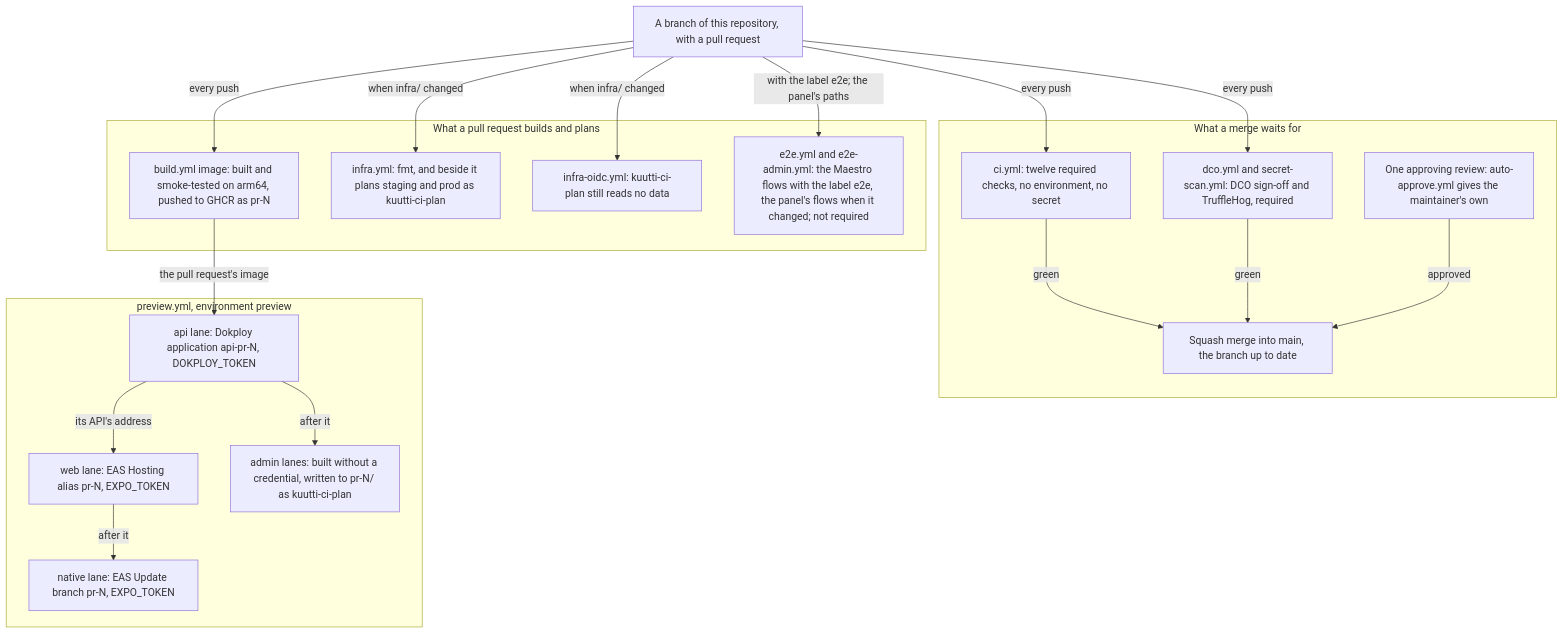
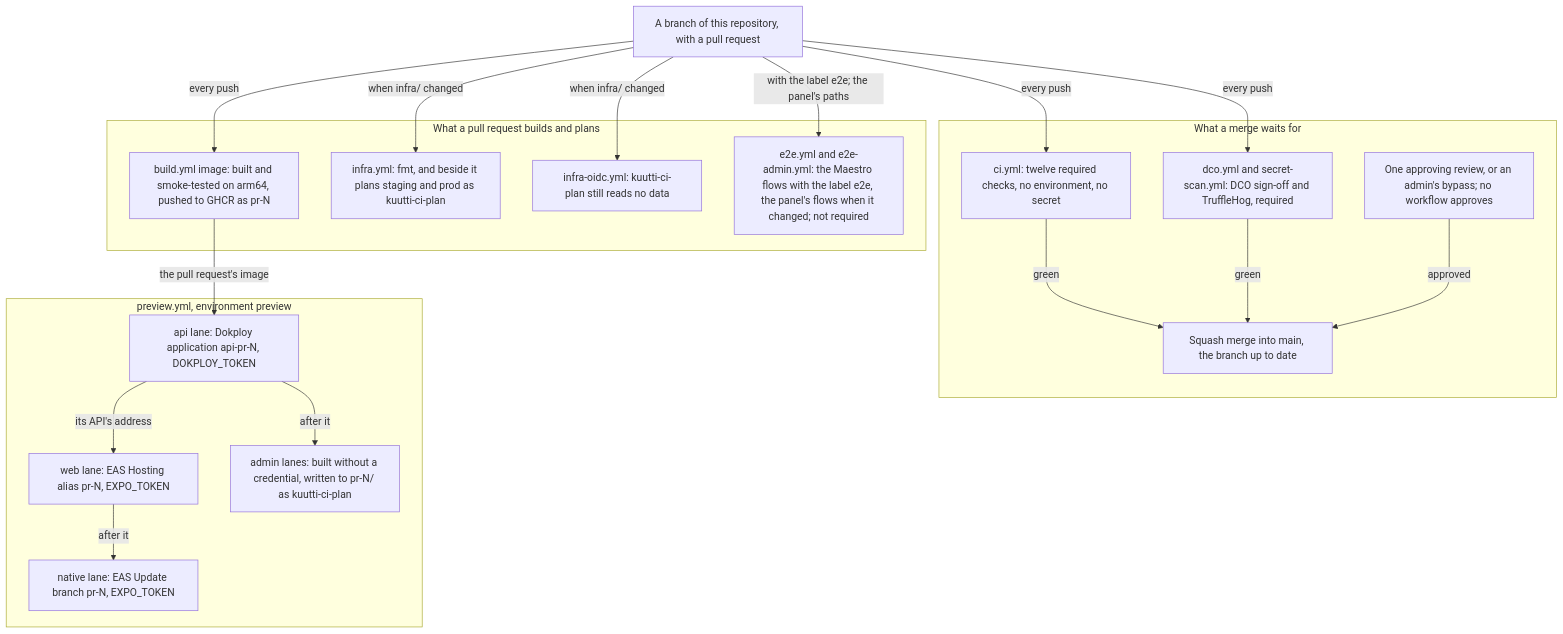
The first of 5 diagrams in docs/architecture/delivery.md (kuutti-ry/kuutti-app), drawn with Mermaid before and after one commit. The commit also changed other lines of this file and 8 other files, not shown here.

First line of the commit message:
Remove auto-approve.yml now that Actions may not approve (#637)

````diff
--- a/docs/architecture/delivery.md
+++ b/docs/architecture/delivery.md
@@ -32,37 +31,37 @@
 ```mermaid
 flowchart TB
   accTitle: Delivery, part 1: a pull request
   accDescr: Every push to a pull request runs the fourteen required checks, builds and smoke-tests the API image and pushes it under the pull request's tags. A change under infra is planned for staging and production by the read-only role. The previews deploy the image as a Dokploy application, the web export to EAS Hosting, the admin panel to its prefix and, when native code changed, an EAS Update. Merging needs the checks green and one approving review, and is a squash. The Maestro flows run only with the label e2e, the panel's flows when what they exercise changed; neither gates the merge.
   n1["A branch of this repository, with a pull request"]
   subgraph gates["What a merge waits for"]
     n2["ci.yml: twelve required checks, no environment, no secret"]
     n3["dco.yml and secret-scan.yml: DCO sign-off and TruffleHog, required"]
-    n4["One approving review: auto-approve.yml gives the maintainer's own"]
+    n4["One approving review, or an admin's bypass; no workflow approves"]
     n5["Squash merge into main, the branch up to date"]
   end
   subgraph prwork["What a pull request builds and plans"]
     n6["build.yml image: built and smoke-tested on arm64, pushed to GHCR as pr-N"]
     n7["infra.yml: fmt, and beside it plans staging and prod as kuutti-ci-plan"]
     n8["infra-oidc.yml: kuutti-ci-plan still reads no data"]
     n9["e2e.yml and e2e-admin.yml: the Maestro flows with the label e2e, the panel's flows when it changed; not required"]
   end
   subgraph prev["preview.yml, environment preview"]
     n10["api lane: Dokploy application api-pr-N, DOKPLOY_TOKEN"]
     n11["web lane: EAS Hosting alias pr-N, EXPO_TOKEN"]
     n12["admin lanes: built without a credential, written to pr-N/ as kuutti-ci-plan"]
     n13["native lane: EAS Update branch pr-N, EXPO_TOKEN"]
   end
   n1 -->|"every push"| n2
   n1 -->|"every push"| n3
   n1 -->|"every push"| n6
   n1 -->|"when infra/ changed"| n7
   n1 -->|"when infra/ changed"| n8
   n1 -->|"with the label e2e; the panel's paths"| n9
   n2 -->|"green"| n5
   n3 -->|"green"| n5
   n4 -->|"approved"| n5
   n6 -->|"the pull request's image"| n10
   n10 -->|"its API's address"| n11
   n10 -->|"after it"| n12
   n11 -->|"after it"| n13
 ```
````
